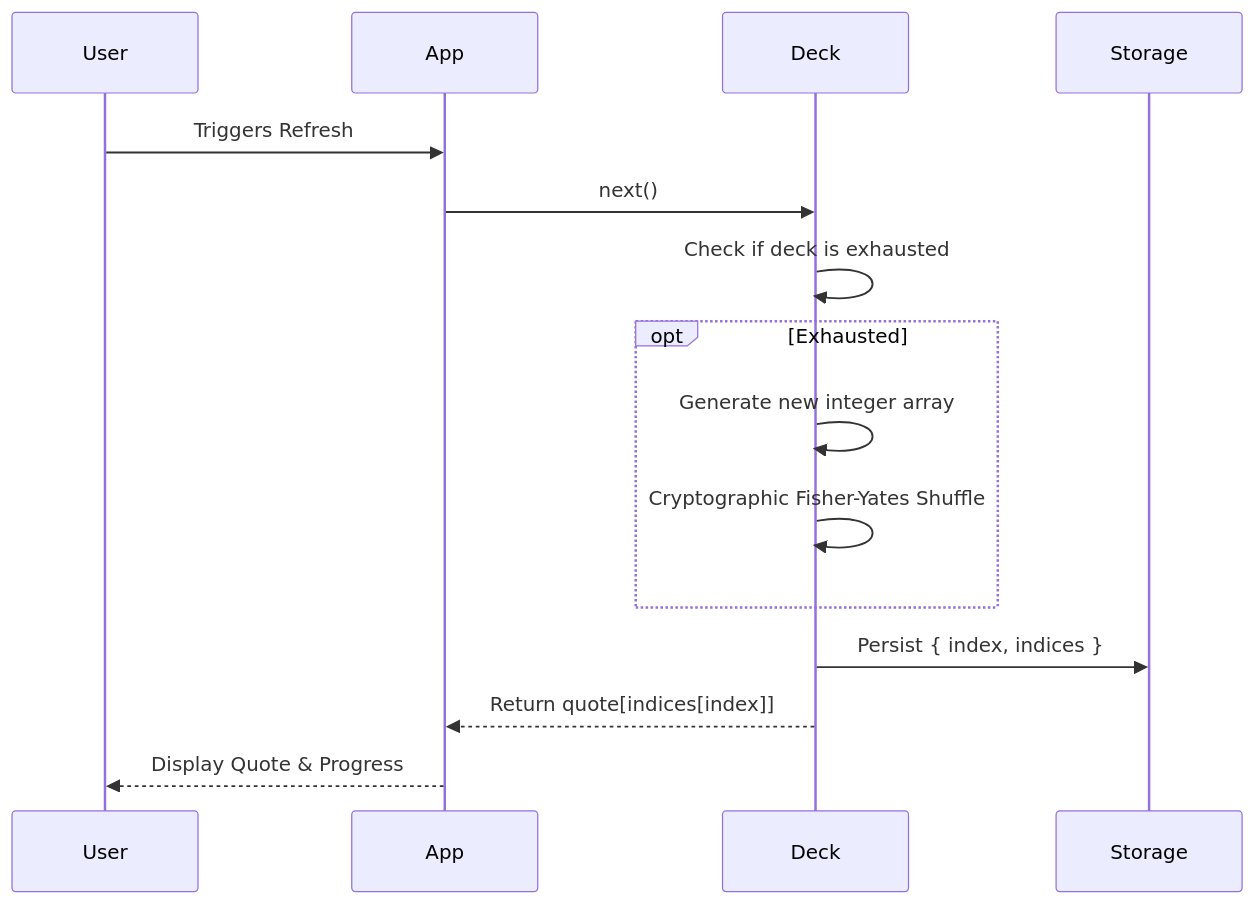
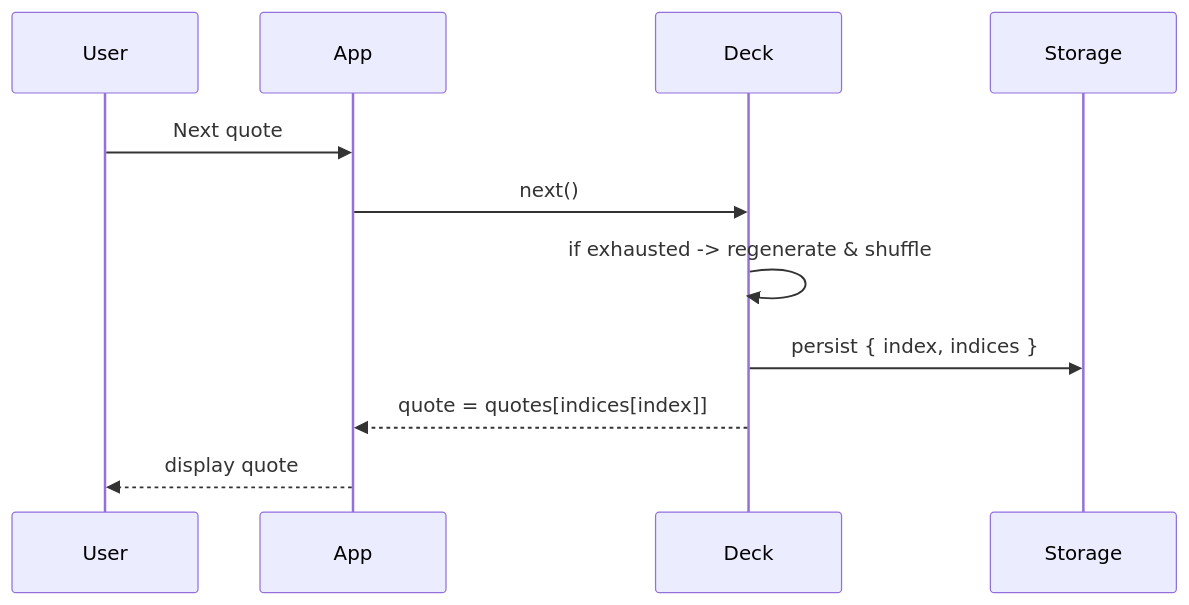
The second of 3 diagrams in README.md (codebydusk/quiply), drawn with Mermaid before and after one commit. The commit also changed other lines of this file, not shown here.

````diff
--- a/README.md
+++ b/README.md
@@ -178,18 +117,14 @@
 ```mermaid
 sequenceDiagram
     participant User
     participant App
     participant Deck
     participant Storage
 
-    User->>App: Triggers Refresh
+    User->>App: Next quote
     App->>Deck: next()
-    Deck->>Deck: Check if deck is exhausted
-    opt Exhausted
-        Deck->>Deck: Generate new integer array
-        Deck->>Deck: Cryptographic Fisher-Yates Shuffle
-    end
-    Deck->>Storage: Persist { index, indices }
-    Deck-->>App: Return quote[indices[index]]
-    App-->>User: Display Quote & Progress
+    Deck->>Deck: if exhausted -> regenerate & shuffle
+    Deck->>Storage: persist { index, indices }
+    Deck-->>App: quote = quotes[indices[index]]
+    App-->>User: display quote
 ```
````
